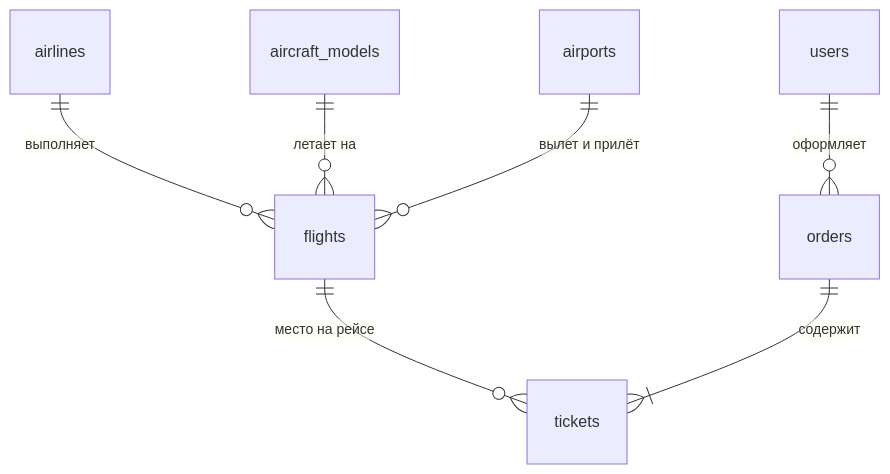
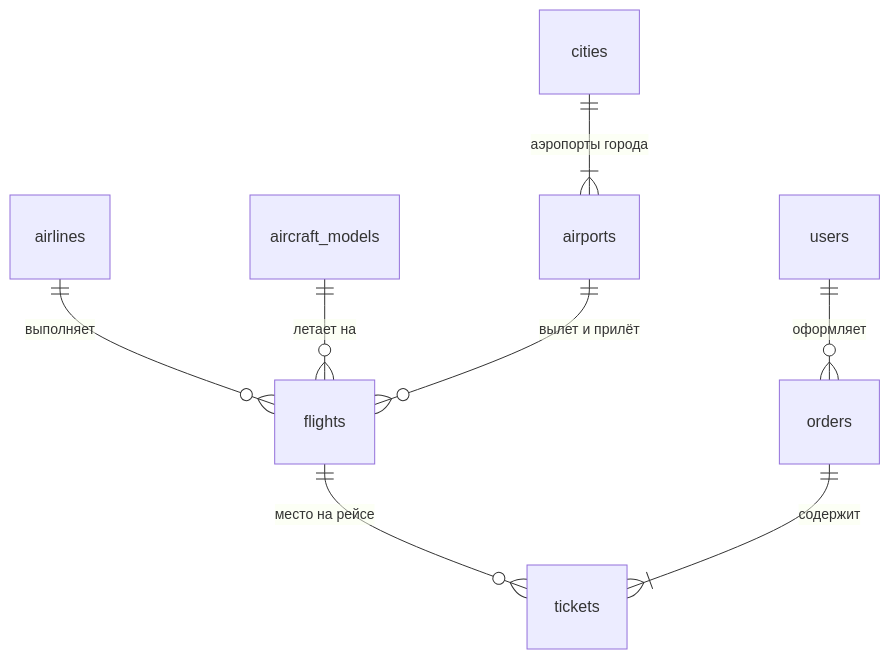
The diagram in docs/04-data-model.md (a20x/avocado-travel), drawn with Mermaid before and after one commit. The commit also changed other lines of this file and 57 other files, not shown here.

````diff
--- a/docs/04-data-model.md
+++ b/docs/04-data-model.md
@@ -24,9 +24,10 @@
 ```mermaid
 erDiagram
   airlines ||--o{ flights : "выполняет"
   aircraft_models ||--o{ flights : "летает на"
+  cities ||--|{ airports : "аэропорты города"
   airports ||--o{ flights : "вылет и прилёт"
   flights ||--o{ tickets : "место на рейсе"
   users ||--o{ orders : "оформляет"
   orders ||--|{ tickets : "содержит"
 ```
````
